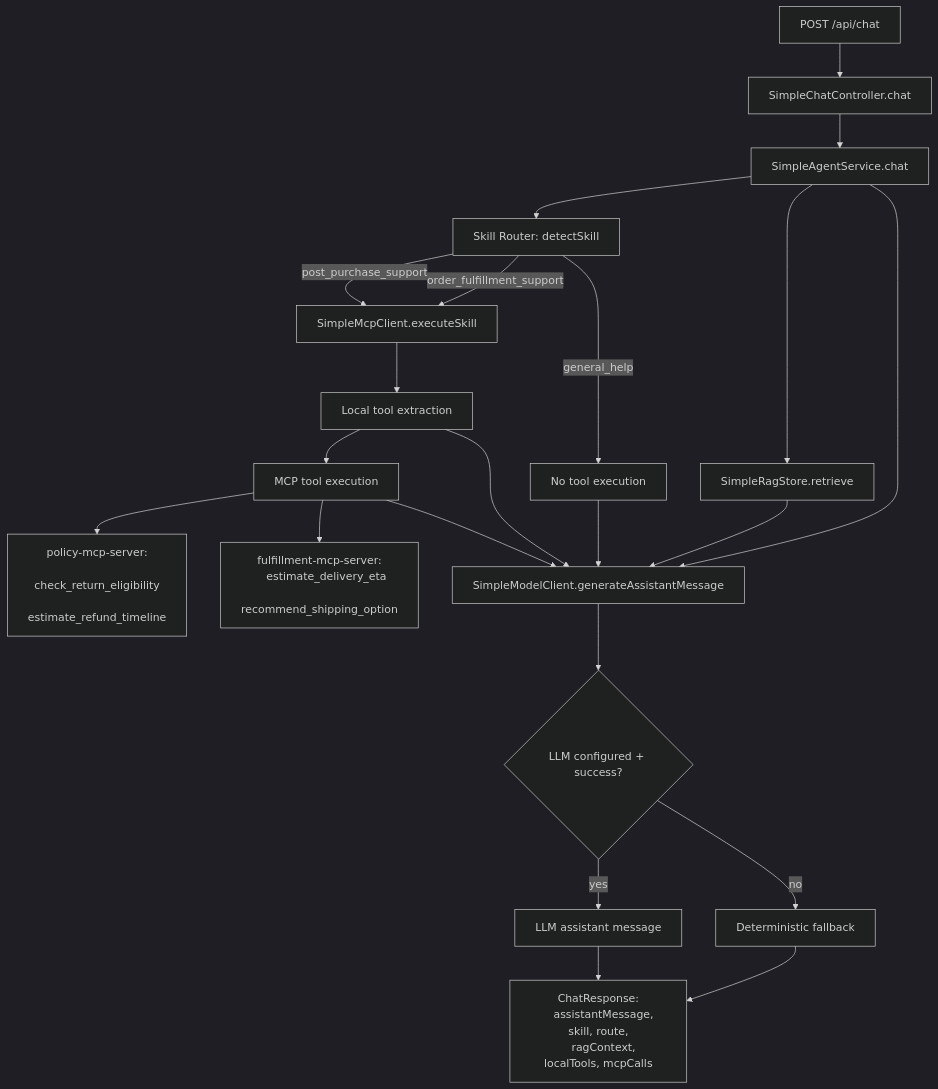
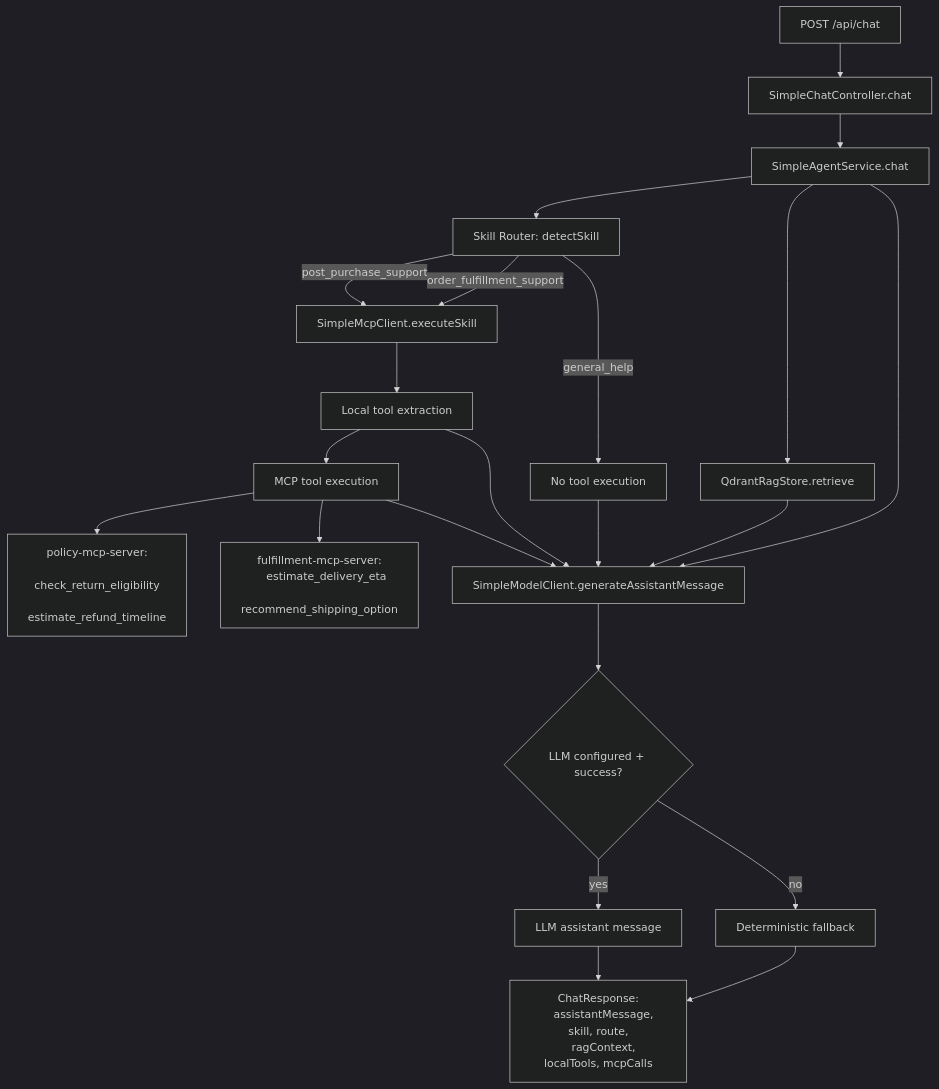
One commit to srikarst/clothes-store-agent changed the diagram in README_CODE_FLOW.md. Above: the diagram before and after it, drawn with Mermaid (dark theme). The commit also changed other lines of this file and 10 other files, not shown here.

First line of the commit message:
docs: update API behavior and README for RAG indexing and Qdrant integration

````diff
--- a/README_CODE_FLOW.md
+++ b/README_CODE_FLOW.md
@@ -13,36 +13,36 @@
 ```mermaid
 flowchart TD
     A[POST /api/chat] --> B[SimpleChatController.chat]
     B --> C[SimpleAgentService.chat]
 
     C --> D[Skill Router: detectSkill]
     D -->|post_purchase_support| E[SimpleMcpClient.executeSkill]
     D -->|order_fulfillment_support| E
     D -->|general_help| H[No tool execution]
 
-    C --> F[SimpleRagStore.retrieve]
+    C --> F[QdrantRagStore.retrieve]
     E --> G[Local tool extraction]
     G --> I[MCP tool execution]
 
     I --> I1[policy-mcp-server:
     check_return_eligibility
     estimate_refund_timeline]
     I --> I2[fulfillment-mcp-server:
     estimate_delivery_eta
     recommend_shipping_option]
 
     C --> J[SimpleModelClient.generateAssistantMessage]
     F --> J
     G --> J
     I --> J
     H --> J
 
     J --> K{LLM configured + success?}
     K -->|yes| L[LLM assistant message]
     K -->|no| M[Deterministic fallback]
 
     L --> N[ChatResponse:
     assistantMessage, skill, route,
     ragContext, localTools, mcpCalls]
     M --> N
 ```
````
